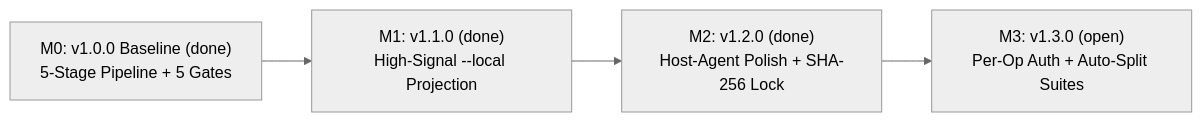
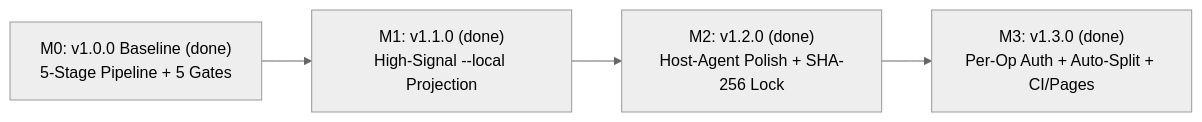
The diagram in docs/ROADMAP.md (bsommers/forge), drawn with Mermaid (neutral theme) before and after one commit. The commit also changed other lines of this file and 23 other files, not shown here.

First line of the commit message:
feat(forge): implement M3 per-op auth, --auto-split-tags, and SHA-pinned CI/Pages (Closes #4, #5)

````diff
--- a/docs/ROADMAP.md
+++ b/docs/ROADMAP.md
@@ -13,6 +13,6 @@
 ```mermaid
 flowchart LR
     M0["M0: v1.0.0 Baseline (done)\n5-Stage Pipeline + 5 Gates"] --> M1["M1: v1.1.0 (done)\nHigh-Signal --local Projection"]
     M1 --> M2["M2: v1.2.0 (done)\nHost-Agent Polish + SHA-256 Lock"]
-    M2 --> M3["M3: v1.3.0 (open)\nPer-Op Auth + Auto-Split Suites"]
+    M2 --> M3["M3: v1.3.0 (done)\nPer-Op Auth + Auto-Split + CI/Pages"]
 ```
````
